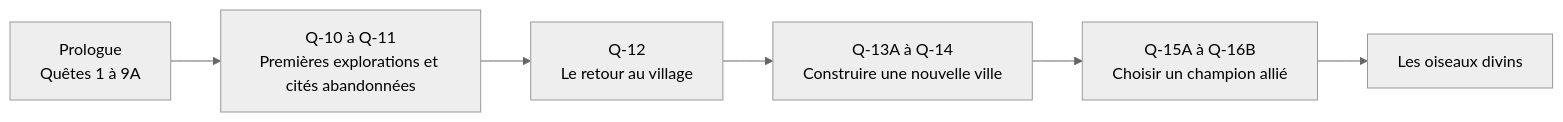
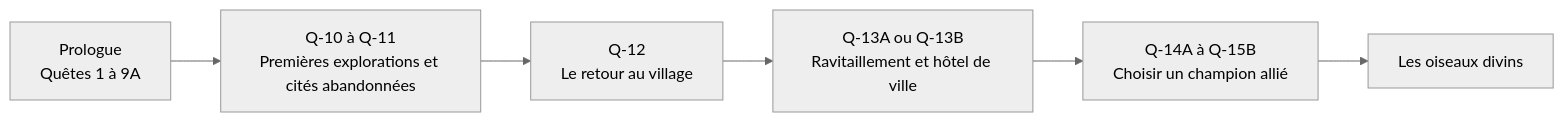
Before and after one commit to It4d0r1/les-echos-du-monde: the second of 4 diagrams in 02_QUETES/02_TABLEAU_PROGRESSION_QUETES.md, drawn with Mermaid (neutral theme). The commit also changed other lines of this file and 3789 other files, not shown here.

````diff
--- a/02_QUETES/02_TABLEAU_PROGRESSION_QUETES.md
+++ b/02_QUETES/02_TABLEAU_PROGRESSION_QUETES.md
@@ -51,8 +51,8 @@
 ```mermaid
 flowchart LR
     P["Prologue<br/>Quêtes 1 à 9A"] --> C4["Q-10 à Q-11<br/>Premières explorations et cités abandonnées"]
     C4 --> C5["Q-12<br/>Le retour au village"]
-    C5 --> C6["Q-13A à Q-14<br/>Construire une nouvelle ville"]
-    C6 --> C7["Q-15A à Q-16B<br/>Choisir un champion allié"]
+    C5 --> C6["Q-13A ou Q-13B<br/>Ravitaillement et hôtel de ville"]
+    C6 --> C7["Q-14A à Q-15B<br/>Choisir un champion allié"]
     C7 --> C8["Les oiseaux divins"]
 ```
````
